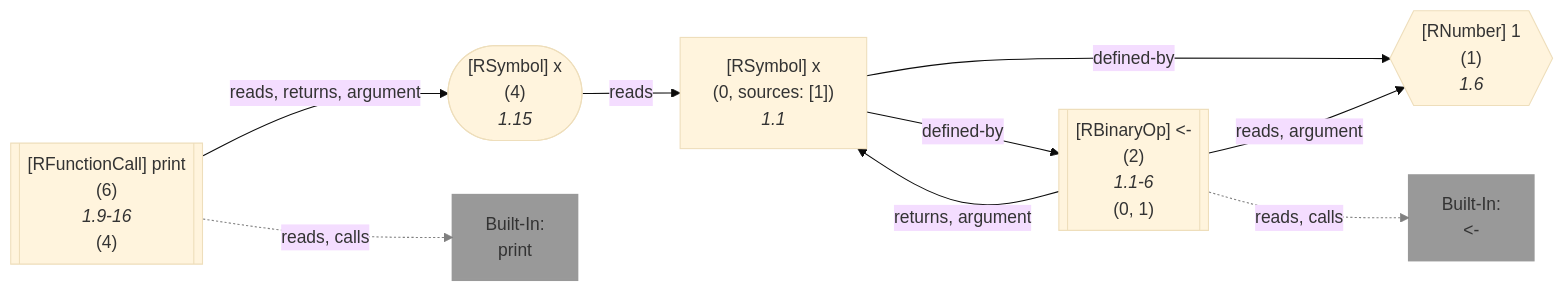
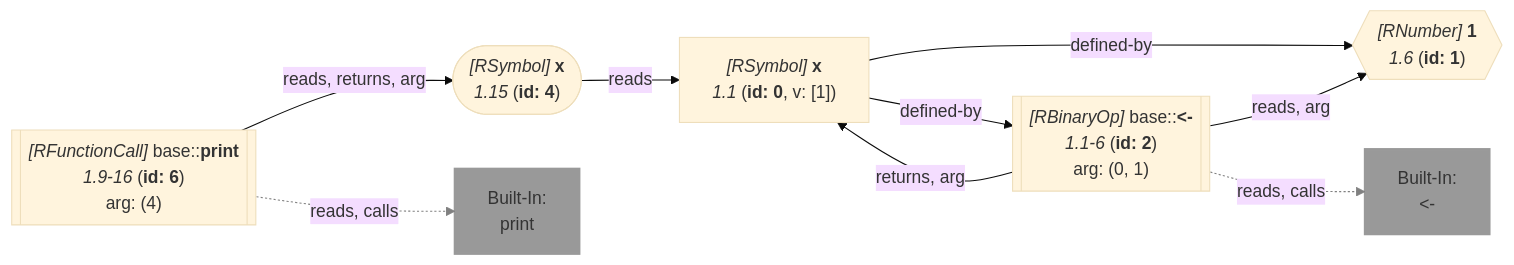
One commit to flowr-analysis/flowr changed the second of 2 diagrams in wiki/Core.md. Above: the diagram before and after it, drawn with Mermaid (base theme). The commit also changed other lines of this file and 228 other files, not shown here.

````diff
--- a/wiki/Core.md
+++ b/wiki/Core.md
@@ -388,37 +388,32 @@
 ```mermaid
 flowchart LR
-    1{{"`#91;RNumber#93; 1
-      (1)
-      *1.6*`"}}
+    1{{"`*#91;RNumber#93;* **1**
+      *1.6* (**id: 1**)`"}}
    %% No edges found for 1
-    0["`#91;RSymbol#93; x
-      (0, sources: [1])
-      *1.1*`"]
-    2[["`#91;RBinaryOp#93; #60;#45;
-      (2)
-      *1.1-6*
-    (0, 1)`"]]
+    0["`*#91;RSymbol#93;* **x**
+      *1.1* (**id: 0**, v: [1])`"]
+    2[["`*#91;RBinaryOp#93;* base#58;#58;**#60;#45;**
+      *1.1-6* (**id: 2**)
+    arg: (0, 1)`"]]
     built-in:_-["`Built-In:
 #60;#45;`"]
     style built-in:_- stroke:gray,fill:gray,stroke-width:2px,opacity:.8;
-    4(["`#91;RSymbol#93; x
-      (4)
-      *1.15*`"])
-    6[["`#91;RFunctionCall#93; print
-      (6)
-      *1.9-16*
-    (4)`"]]
+    4(["`*#91;RSymbol#93;* **x**
+      *1.15* (**id: 4**)`"])
+    6[["`*#91;RFunctionCall#93;* base#58;#58;**print**
+      *1.9-16* (**id: 6**)
+    arg: (4)`"]]
     built-in:print["`Built-In:
 print`"]
     style built-in:print stroke:gray,fill:gray,stroke-width:2px,opacity:.8;
     0 -->|"defined-by"| 1
     0 -->|"defined-by"| 2
-    2 -->|"reads, argument"| 1
-    2 -->|"returns, argument"| 0
+    2 -->|"reads, arg"| 1
+    2 -->|"returns, arg"| 0
     2 -.->|"reads, calls"| built-in:_-
     linkStyle 4 stroke:gray;
     4 -->|"reads"| 0
-    6 -->|"reads, returns, argument"| 4
+    6 -->|"reads, returns, arg"| 4
     6 -.->|"reads, calls"| built-in:print
     linkStyle 7 stroke:gray;
 ```
````
